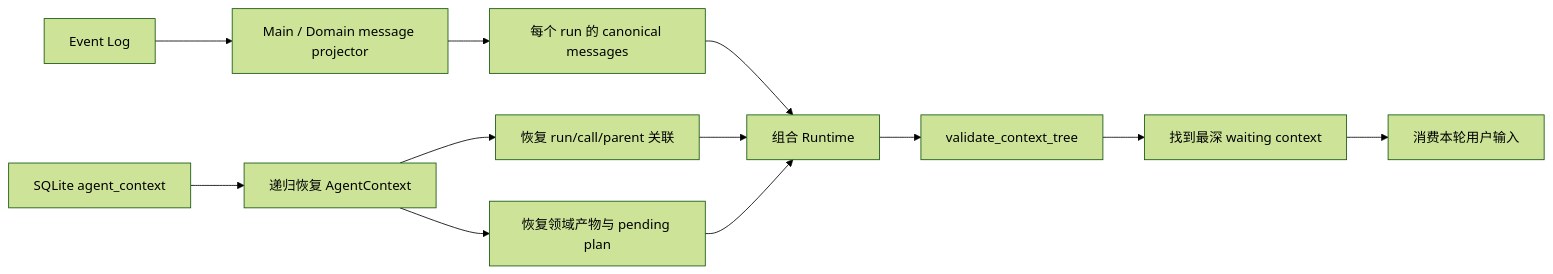
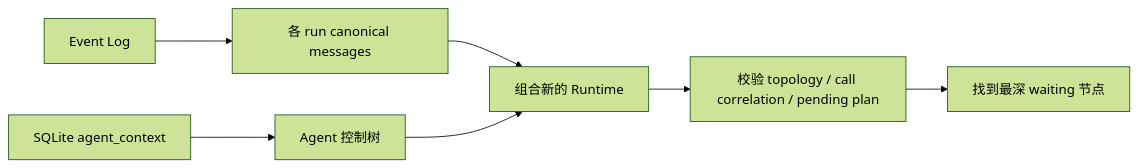
One commit to Arthur999459up/GitAgent changed the eighth of 9 diagrams in docs/09-persistence-recovery-observability.md. Above: the diagram before and after it, drawn with Mermaid (forest theme). The commit also changed other lines of this file and 15 other files, not shown here.

````diff
--- a/docs/09-persistence-recovery-observability.md
+++ b/docs/09-persistence-recovery-observability.md
@@ -441,16 +222,9 @@
 ```mermaid
 flowchart LR
-    EL[Event Log] --> MP[Main / Domain message projector]
-    MP --> MSG[每个 run 的 canonical messages]
-
-    DB[SQLite agent_context] --> CTX[递归恢复 AgentContext]
-    CTX --> ID[恢复 run/call/parent 关联]
-    CTX --> ART[恢复领域产物与 pending plan]
-
-    MSG --> JOIN[组合 Runtime]
-    ID --> JOIN
-    ART --> JOIN
-    JOIN --> VAL[validate_context_tree]
-    VAL --> WAIT[找到最深 waiting context]
-    WAIT --> RESUME[消费本轮用户输入]
+    E[Event Log] --> M[各 run canonical messages]
+    D[SQLite agent_context] --> C[Agent 控制树]
+    M --> J[组合新的 Runtime]
+    C --> J
+    J --> V[校验 topology / call correlation / pending plan]
+    V --> W[找到最深 waiting 节点]
 ```
````
